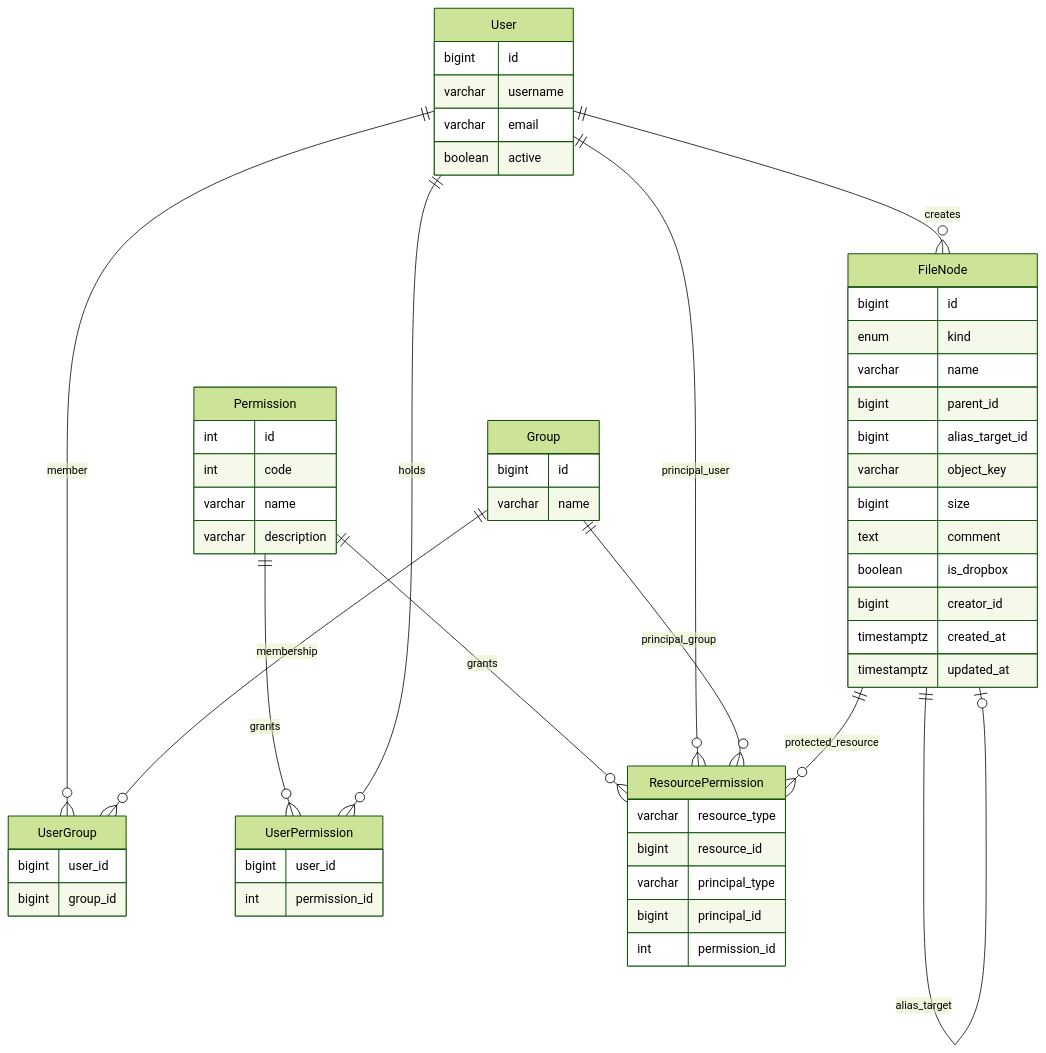
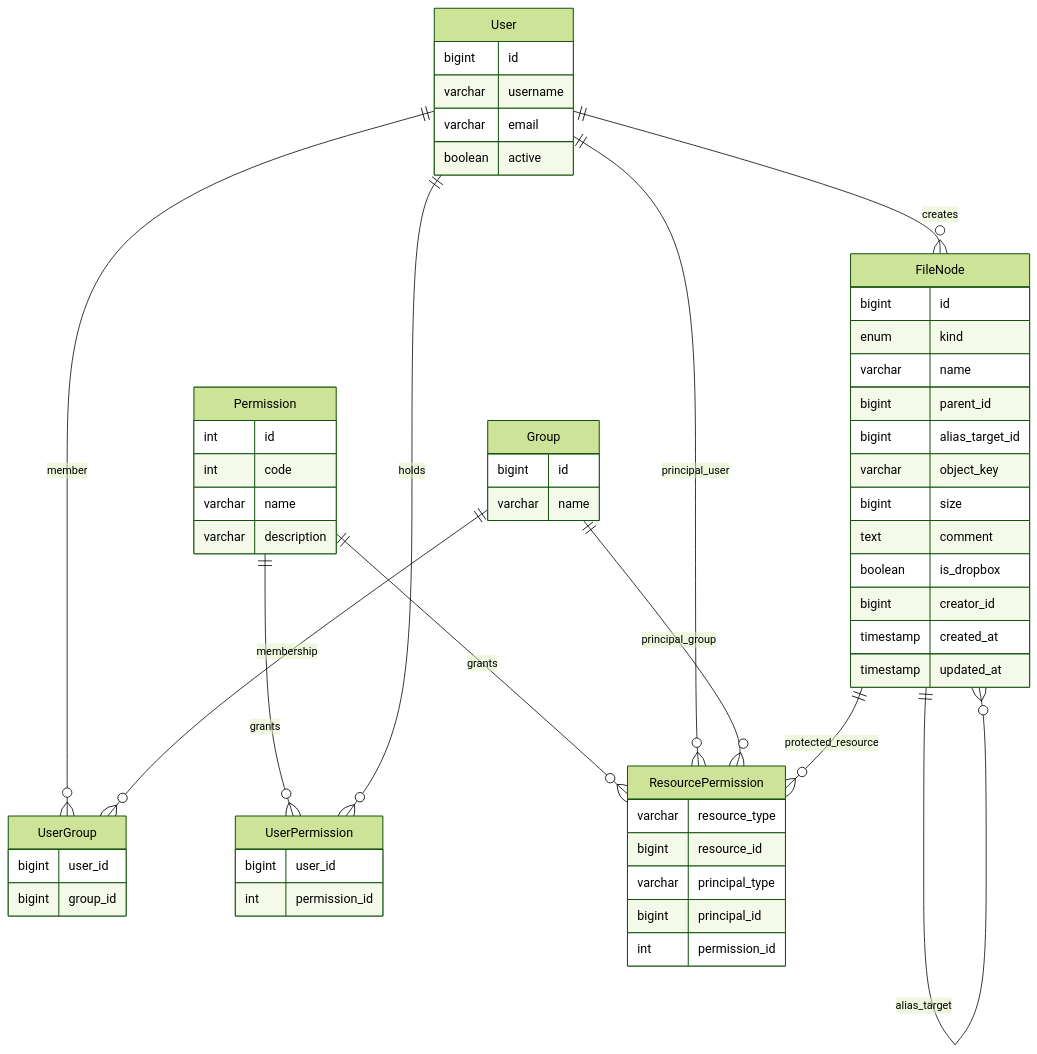
Before and after one commit to leynos/mxd: the fifth of 5 diagrams in docs/design.md, drawn with Mermaid (forest theme). The commit also changed other lines of this file and 13 other files, not shown here.

````diff
--- a/docs/design.md
+++ b/docs/design.md
@@ -2557,75 +2557,75 @@
 ```mermaid
 erDiagram
   FileNode {
     bigint id
     enum kind
     varchar name
     bigint parent_id
     bigint alias_target_id
     varchar object_key
     bigint size
     text comment
     boolean is_dropbox
     bigint creator_id
-    timestamptz created_at
-    timestamptz updated_at
+    timestamp created_at
+    timestamp updated_at
   }
 
   User {
     bigint id
     varchar username
     varchar email
     boolean active
   }
 
   Group {
     bigint id
     varchar name
   }
 
   UserGroup {
     bigint user_id
     bigint group_id
   }
 
   Permission {
     int id
     int code
     varchar name
     varchar description
   }
 
   UserPermission {
     bigint user_id
     int permission_id
   }
 
   ResourcePermission {
     varchar resource_type
     bigint resource_id
     varchar principal_type
     bigint principal_id
     int permission_id
   }
 
   %% Hierarchy relations
-  FileNode ||--o| FileNode : parent
-  FileNode ||--o| FileNode : alias_target
+  FileNode ||--o{ FileNode : parent
+  FileNode ||--o{ FileNode : alias_target
 
   %% Creators
   User ||--o{ FileNode : creates
 
   %% Groups and membership
   User ||--o{ UserGroup : member
   Group ||--o{ UserGroup : membership
 
   %% Global privileges
   Permission ||--o{ UserPermission : grants
   User ||--o{ UserPermission : holds
 
   %% Shared resource ACL
   Permission ||--o{ ResourcePermission : grants
   User ||--o{ ResourcePermission : principal_user
   Group ||--o{ ResourcePermission : principal_group
   FileNode ||--o{ ResourcePermission : protected_resource
 ```
````
